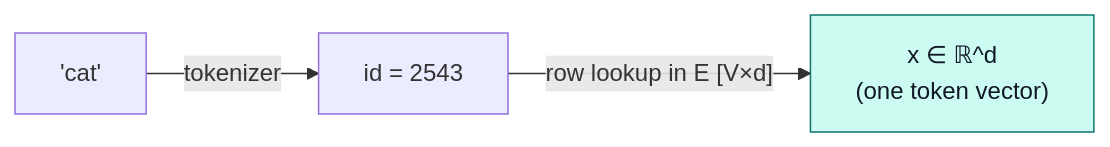
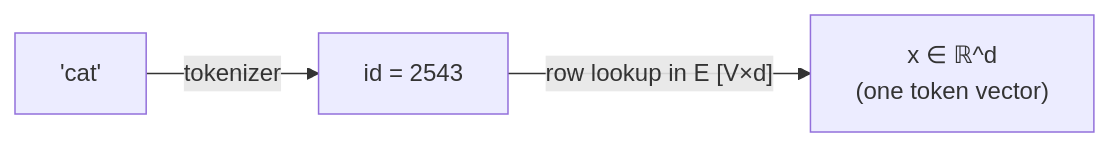
Before and after one commit to youyun8/deep-kernel-handbook: the second of 10 diagrams in docs/foundations/transformer-from-scratch.md, drawn with Mermaid. The commit also changed other lines of this file and 9 other files, not shown here.

Commit message:
docs: theme Mermaid diagrams via CSS instead of baked classDef colors

````diff
--- a/docs/foundations/transformer-from-scratch.md
+++ b/docs/foundations/transformer-from-scratch.md
@@ -51,7 +50,6 @@
 ```mermaid
 flowchart LR
     TXT["'cat'"] -->|tokenizer| ID["id = 2543"]
     ID -->|"row lookup in E [V×d]"| VEC["x ∈ ℝ^d<br/>(one token vector)"]
     class VEC accTeal;
-    classDef accTeal fill:#ccfbf1,stroke:#0f766e,color:#111827;
 ```
````
